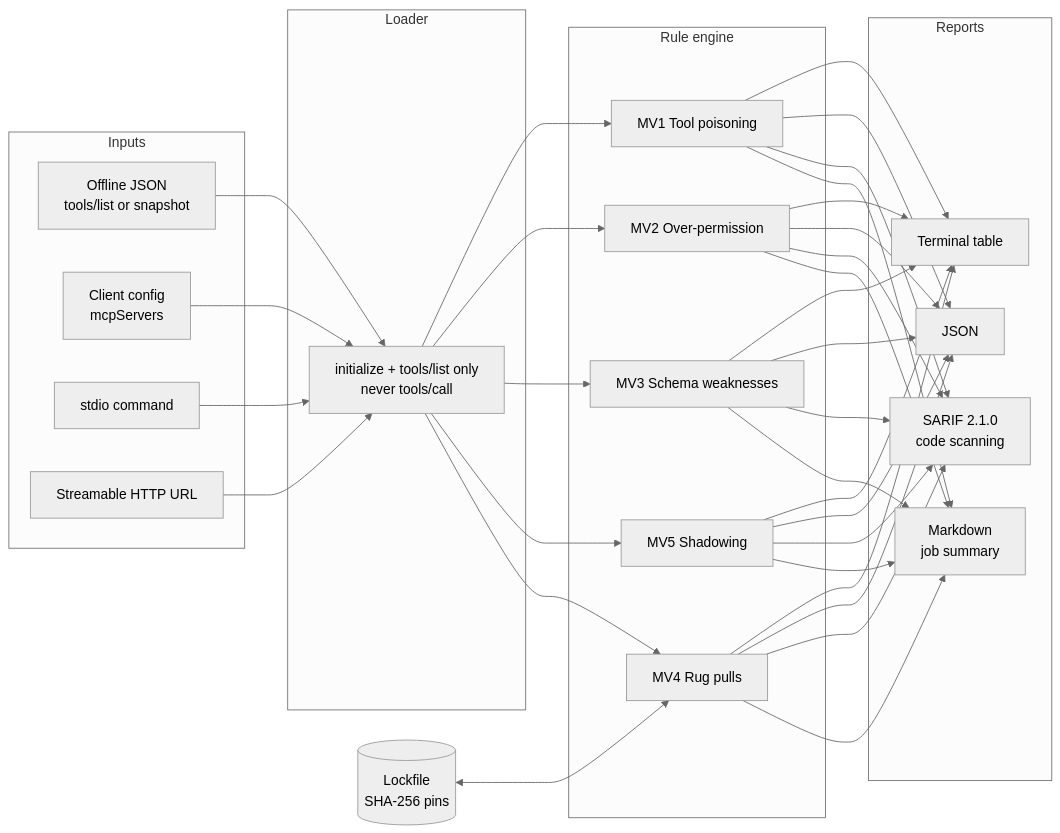
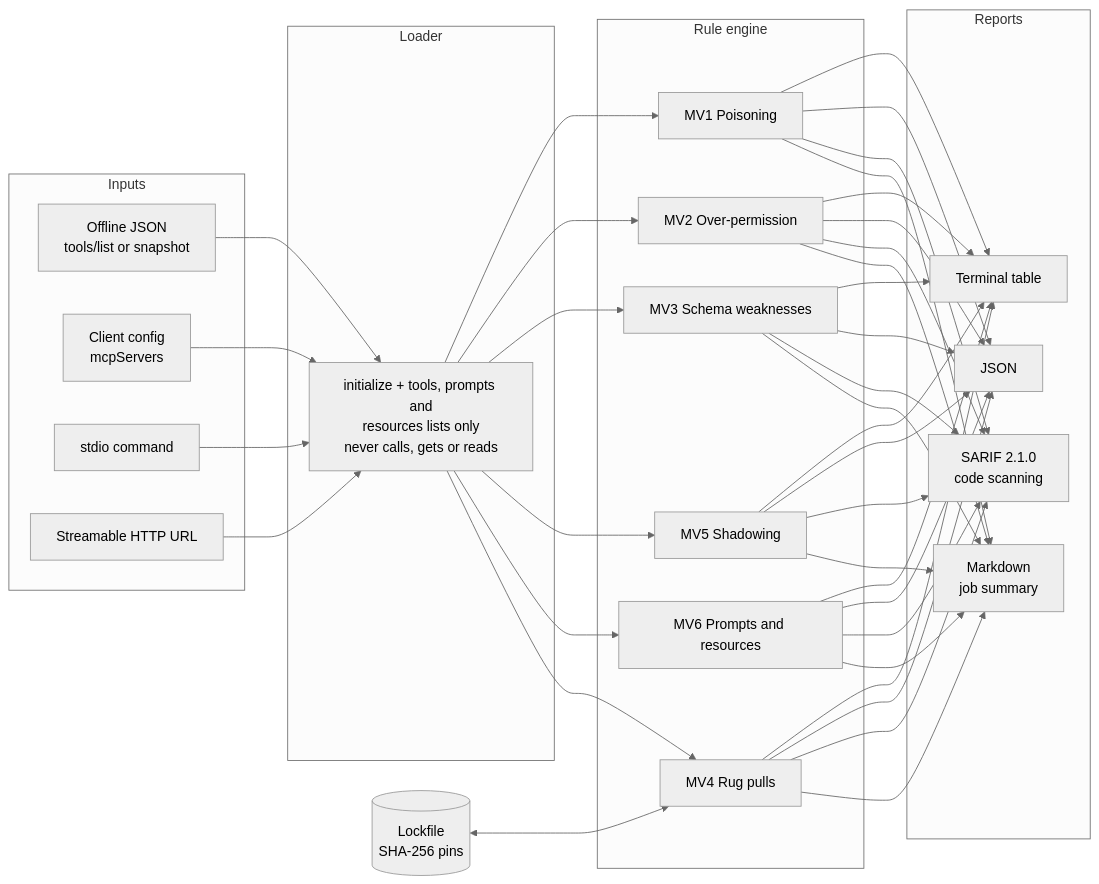
The diagram in README.md (OsamaWehbi/mcp-vet), drawn with Mermaid (neutral theme) before and after one commit. The commit also changed other lines of this file and 3 other files, not shown here.

````diff
--- a/README.md
+++ b/README.md
@@ -29,34 +31,35 @@
 ```mermaid
 flowchart LR
     subgraph Inputs
         F[Offline JSON<br/>tools/list or snapshot]
         C[Client config<br/>mcpServers]
         S[stdio command]
         H[Streamable HTTP URL]
     end
     subgraph Loader
-        L[initialize + tools/list only<br/>never tools/call]
+        L[initialize + tools, prompts and<br/>resources lists only<br/>never calls, gets or reads]
     end
     subgraph Engine["Rule engine"]
-        P[MV1 Tool poisoning]
+        P[MV1 Poisoning]
         O[MV2 Over-permission]
         Q[MV3 Schema weaknesses]
         R[MV4 Rug pulls]
         W[MV5 Shadowing]
+        X[MV6 Prompts and resources]
     end
     K[(Lockfile<br/>SHA-256 pins)]
     subgraph Reports
         T[Terminal table]
         J[JSON]
         A[SARIF 2.1.0<br/>code scanning]
         M[Markdown<br/>job summary]
     end
     F --> L
     C --> L
     S --> L
     H --> L
-    L --> P & O & Q & W
+    L --> P & O & Q & W & X
     L --> R
     K <--> R
-    P & O & Q & R & W --> T & J & A & M
+    P & O & Q & R & W & X --> T & J & A & M
 ```
````
